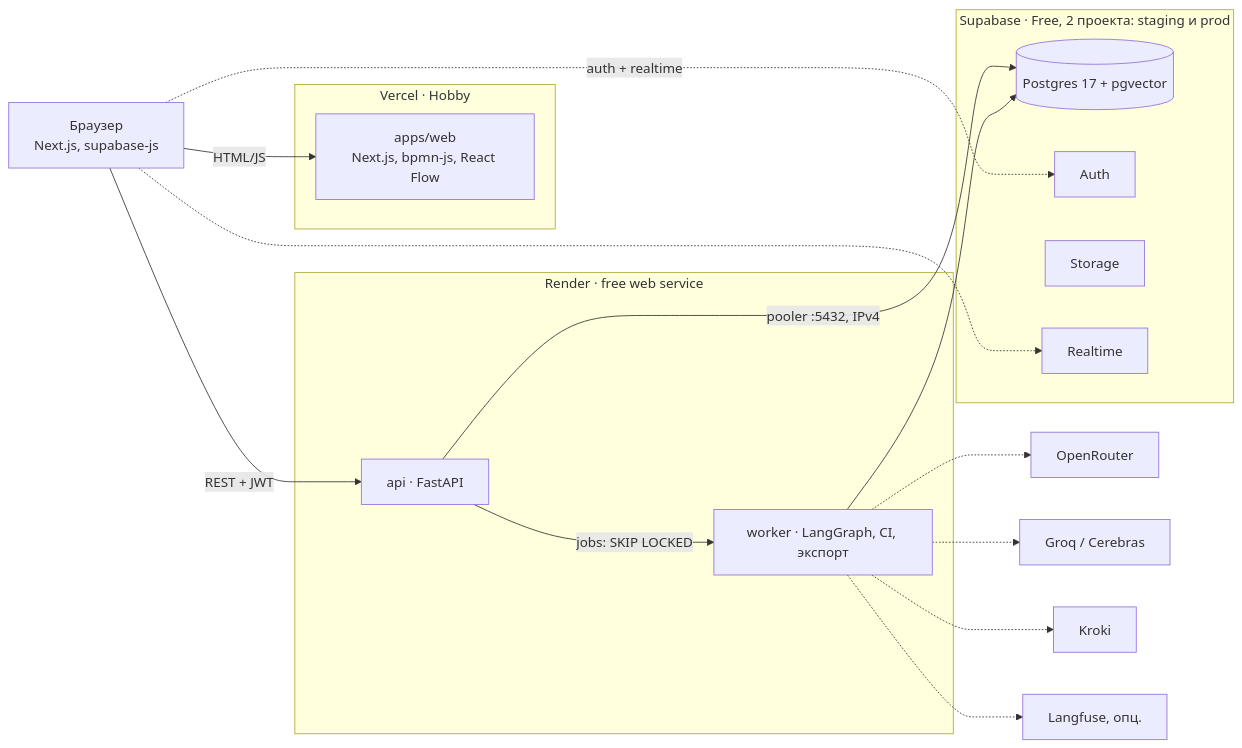
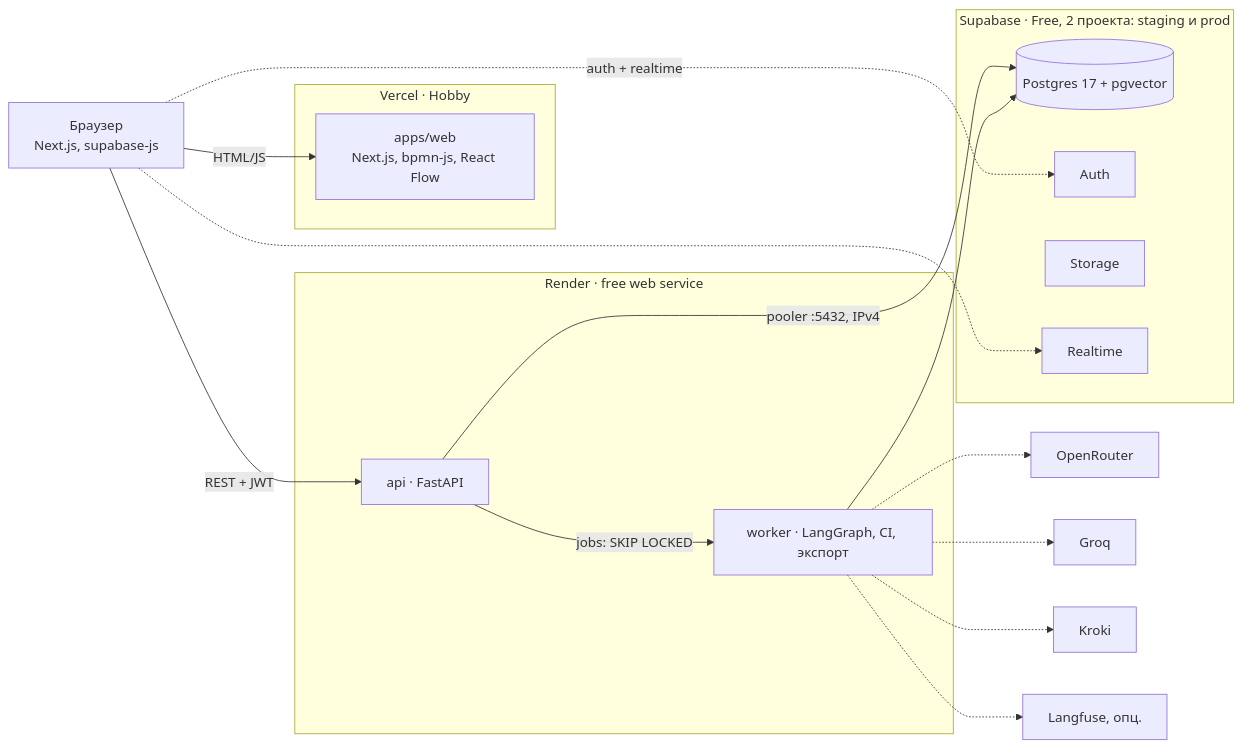
Before and after one commit to Axx-Axvd/reqgraph: the diagram in docs/tech-design/07_deploy.md, drawn with Mermaid. The commit also changed other lines of this file and 5 other files, not shown here.

````diff
--- a/docs/tech-design/07_deploy.md
+++ b/docs/tech-design/07_deploy.md
@@ -10,26 +10,26 @@
 ```mermaid
 flowchart LR
   B[Браузер<br/>Next.js, supabase-js]
   subgraph Vercel[Vercel · Hobby]
     W[apps/web<br/>Next.js, bpmn-js, React Flow]
   end
   subgraph Render[Render · free web service]
     A[api · FastAPI] -->|jobs: SKIP LOCKED| WK[worker · LangGraph, CI, экспорт]
   end
   subgraph Supabase[Supabase · Free, 2 проекта: staging и prod]
     PG[(Postgres 17 + pgvector)]
     AU[Auth]
     ST[Storage]
     RT[Realtime]
   end
   B -->|HTML/JS| W
   B -->|REST + JWT| A
   B -.->|auth + realtime| AU
   B -.-> RT
   A -->|pooler :5432, IPv4| PG
   WK --> PG
   WK -.-> OR[OpenRouter]
-  WK -.-> GQ[Groq / Cerebras]
+  WK -.-> GQ[Groq]
   WK -.-> KR[Kroki]
   WK -.-> LF[Langfuse, опц.]
 ```
````
